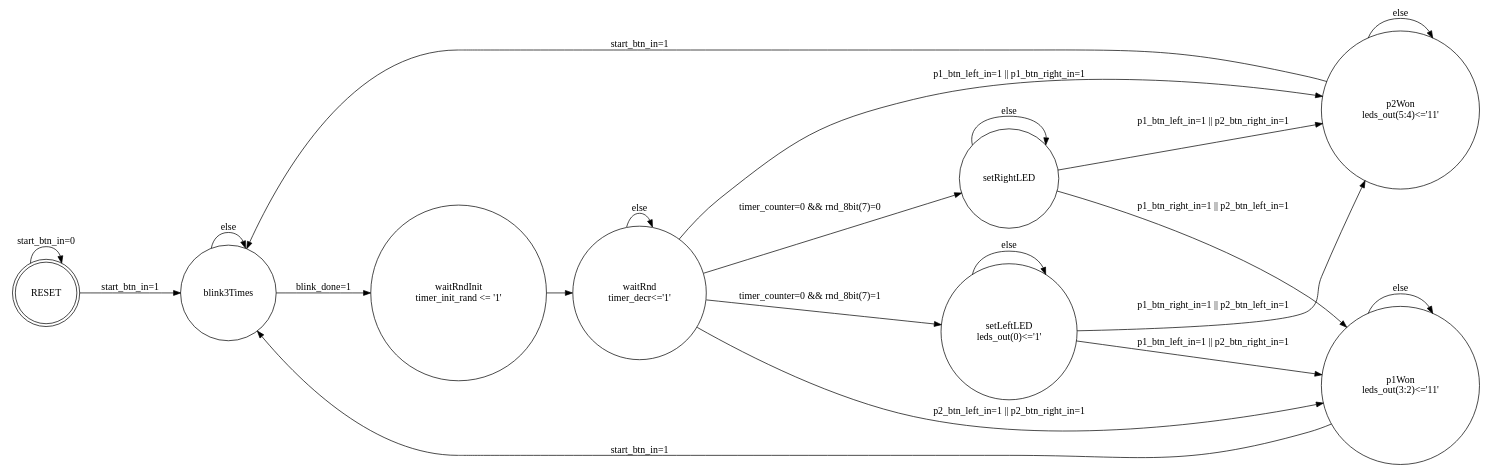
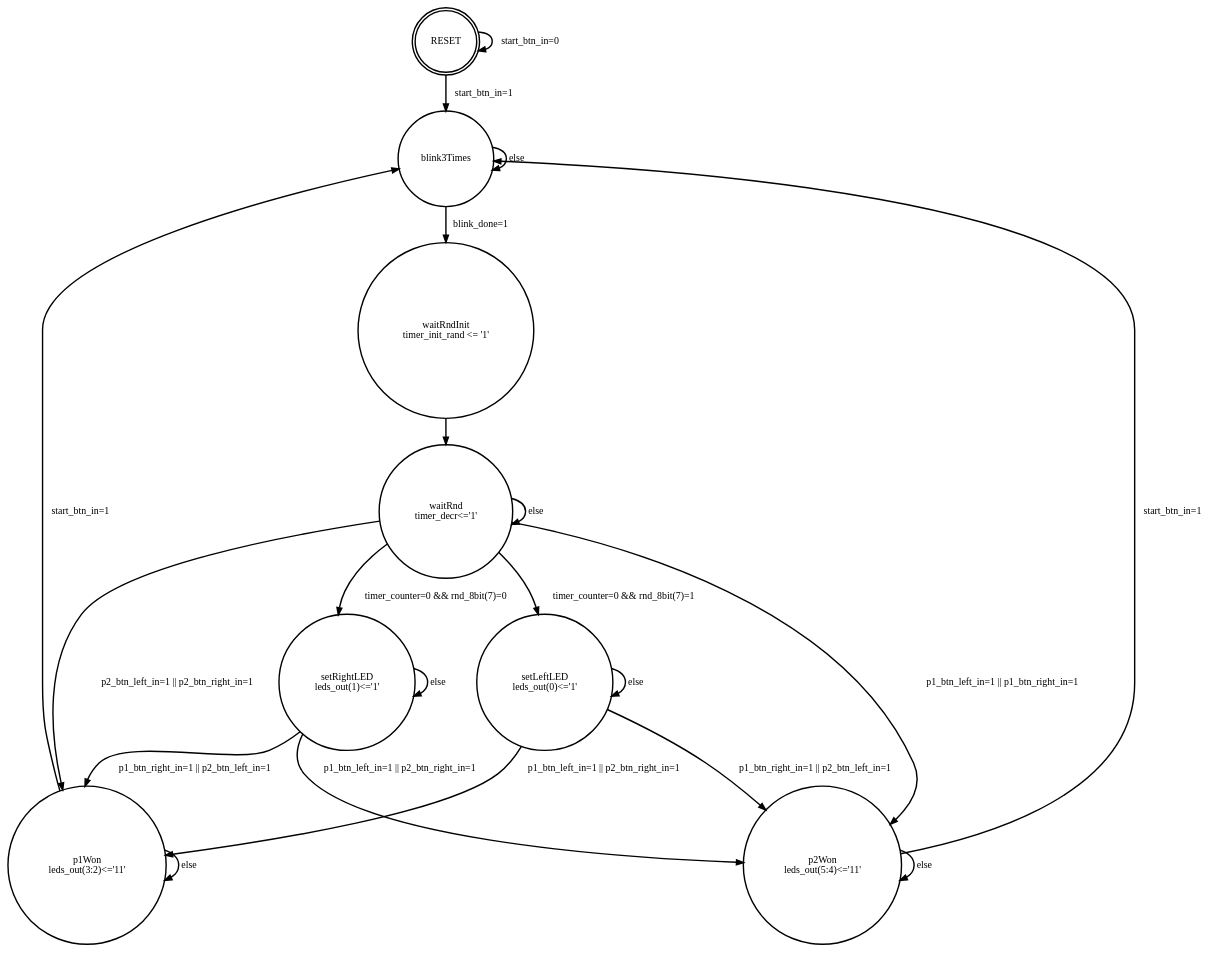
Before and after one commit to matzeschoppe/hwsys-kurprojekt: the diagram in state_transition_diagram.dot, drawn with Graphviz. The commit also changed 3 other files, not shown here.

```diff
--- a/state_transition_diagram.dot
+++ b/state_transition_diagram.dot
@@ -1,34 +1,35 @@
 digraph StateTransitionDiagram {
-    rankdir=LR;  // Set the direction from left to right (LR)
+    //rankdir=LR;  // Set the direction from left to right (LR)
+    penwidth=2.0;
+    pencolor=green;
+    // Define the states
+    reset [shape=doublecircle, label="RESET", penwidth=2];
+    blink3Times [shape=circle, label="blink3Times", penwidth=2];
+    waitRndInit [shape=circle, label="waitRndInit\ntimer_init_rand <= '1'", penwidth=2];
+    waitRnd[shape=circle, label="waitRnd\ntimer_decr<='1'", penwidth=2];
+    setLeftLED[shape=circle, label="setLeftLED\nleds_out(0)<='1'", penwidth=2];
+    setRightLED[shape=circle, label="setRightLED\nleds_out(1)<='1'", penwidth=2];
+    p1Won[shape=circle, label="p1Won\nleds_out(3:2)<='11'", penwidth=2];
+    p2Won[shape=circle, label="p2Won\nleds_out(5:4)<='11'", penwidth=2];
 
-    // Define the states
-    reset [shape=doublecircle, label="RESET"];
-    blink3Times [shape=circle, label="blink3Times"];
-    waitRndInit [shape=circle, label="waitRndInit\ntimer_init_rand <= '1'"];
-    waitRnd[shape=circle, label="waitRnd\ntimer_decr<='1'"];
-    setLeftLED[shape=circle, label="setLeftLED\nleds_out(0)<='1'"];
-    setRightLED[shape=circle, label="setRightLED"];
-    p1Won[shape=circle, label="p1Won\nleds_out(3:2)<='11'"];
-    p2Won[shape=circle, label="p2Won\nleds_out(5:4)<='11'"];
-
-    reset -> reset[label="start_btn_in=0"];
-    reset -> blink3Times[label="start_btn_in=1"];
-    blink3Times -> waitRndInit[label="blink_done=1"];
-    blink3Times -> blink3Times[label="else"];
-    waitRndInit -> waitRnd[label=""];
-    waitRnd -> waitRnd[label="else"];
-    waitRnd -> setLeftLED[label="timer_counter=0 && rnd_8bit(7)=1"];
-    waitRnd -> setRightLED[label="timer_counter=0 && rnd_8bit(7)=0"];
-    waitRnd -> p1Won[label="p2_btn_left_in=1 || p2_btn_right_in=1"];
-    waitRnd -> p2Won[label="p1_btn_left_in=1 || p1_btn_right_in=1"];
-    setLeftLED -> setLeftLED[label="else"];
-    setLeftLED -> p1Won[label="p1_btn_left_in=1 || p2_btn_right_in=1"];
-    setLeftLED -> p2Won[label="p1_btn_right_in=1 || p2_btn_left_in=1"];
-    setRightLED -> setRightLED[label="else"];
-    setRightLED -> p1Won[label="p1_btn_right_in=1 || p2_btn_left_in=1"];
-    setRightLED -> p2Won[label="p1_btn_left_in=1 || p2_btn_right_in=1"];
-    p1Won -> blink3Times[label="start_btn_in=1"];
-    p1Won -> p1Won[label="else"];
-    p2Won -> blink3Times[label="start_btn_in=1"];
-    p2Won -> p2Won[label="else"];
+    reset -> reset[label="start_btn_in=0", penwidth=2];
+    reset -> blink3Times[label="start_btn_in=1", penwidth=2];
+    blink3Times -> waitRndInit[label="blink_done=1", penwidth=2];
+    blink3Times -> blink3Times[label="else", penwidth=2];
+    waitRndInit -> waitRnd[label="", penwidth=2];
+    waitRnd -> waitRnd[label="else", penwidth=2];
+    waitRnd -> setLeftLED[label="timer_counter=0 && rnd_8bit(7)=1", penwidth=2];
+    waitRnd -> setRightLED[label="timer_counter=0 && rnd_8bit(7)=0", penwidth=2];
+    waitRnd -> p1Won[label="p2_btn_left_in=1 || p2_btn_right_in=1", penwidth=2];
+    waitRnd -> p2Won[label="p1_btn_left_in=1 || p1_btn_right_in=1", penwidth=2];
+    setLeftLED -> setLeftLED[label="else", penwidth=2.0];
+    setLeftLED -> p1Won[label="p1_btn_left_in=1 || p2_btn_right_in=1", penwidth=2];
+    setLeftLED -> p2Won[label="p1_btn_right_in=1 || p2_btn_left_in=1", penwidth=2];
+    setRightLED -> setRightLED[label="else", penwidth=2];
+    setRightLED -> p1Won[label="p1_btn_right_in=1 || p2_btn_left_in=1", penwidth=2];
+    setRightLED -> p2Won[label="p1_btn_left_in=1 || p2_btn_right_in=1", penwidth=2];
+    p1Won -> blink3Times[label="start_btn_in=1", penwidth=2];
+    p1Won -> p1Won[label="else", penwidth=2];
+    p2Won -> blink3Times[label="start_btn_in=1", penwidth=2];
+    p2Won -> p2Won[label="else", penwidth=2];
 }
```
